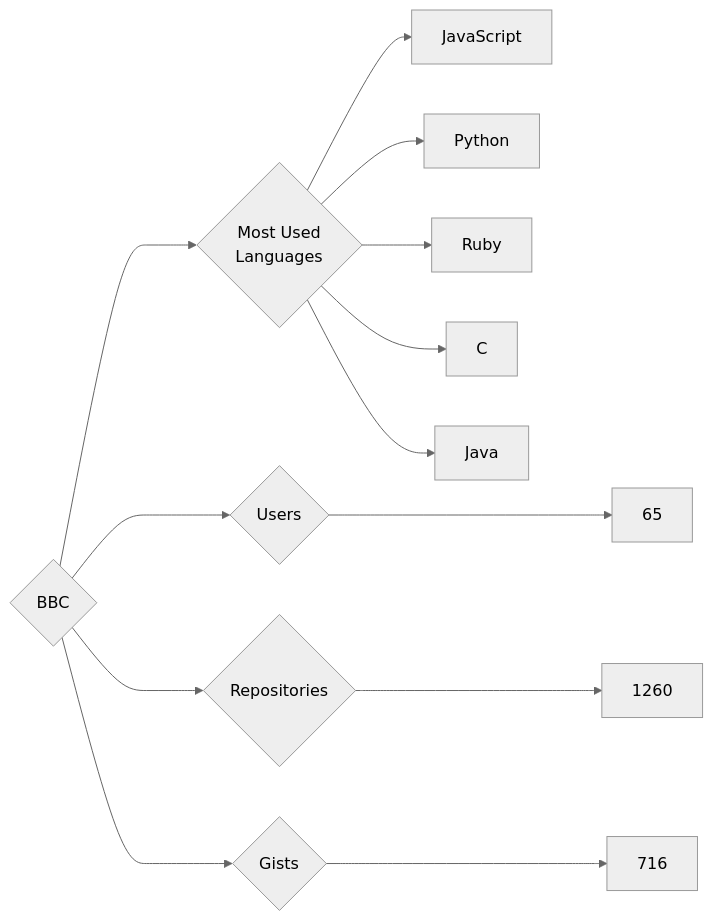
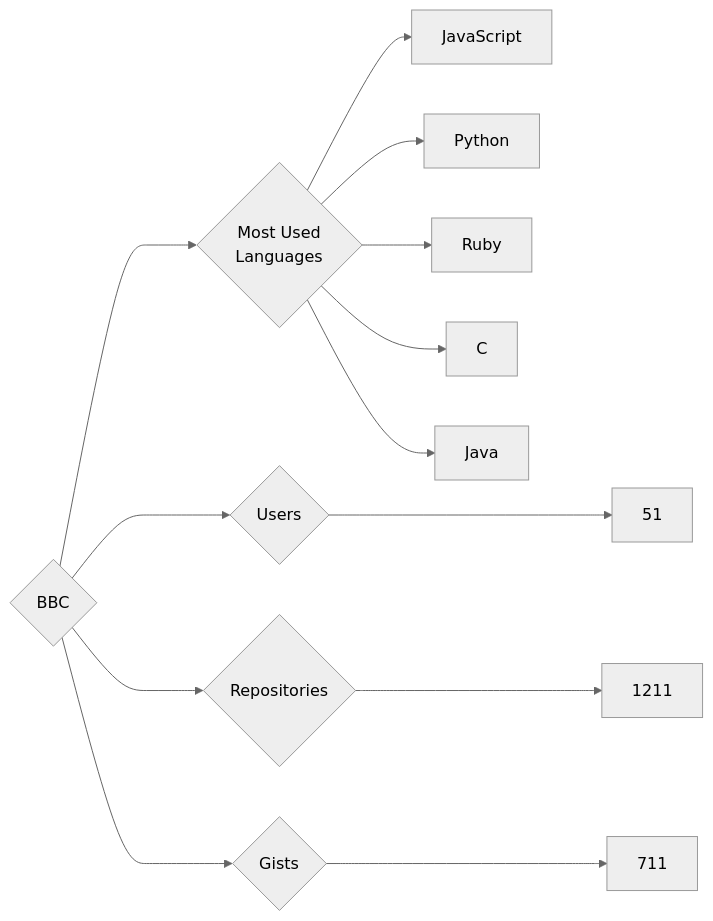
The diagram in targets/BBC/README.md (trickest/insiders), drawn with Mermaid (neutral theme) before and after one commit. The commit also changed 676 other files, not shown here.

````diff
--- a/targets/BBC/README.md
+++ b/targets/BBC/README.md
@@ -3,13 +3,13 @@
 ```mermaid
 graph LR
 COMPANY_NAME{BBC}
-COMPANY_NAME ---> U{Users} ---> UN[65]
-COMPANY_NAME ---> R{Repositories} ---> RN[1260]
-COMPANY_NAME ---> G{Gists} ---> GN[716]
+COMPANY_NAME ---> U{Users} ---> UN[51]
+COMPANY_NAME ---> R{Repositories} ---> RN[1211]
+COMPANY_NAME ---> G{Gists} ---> GN[711]
 COMPANY_NAME ---> ML{Most Used<br>Languages}
 ML --> JavaScript[JavaScript]
 ML --> Python[Python]
 ML --> Ruby[Ruby]
 ML --> C[C]
 ML --> Java[Java]
 ```
````
